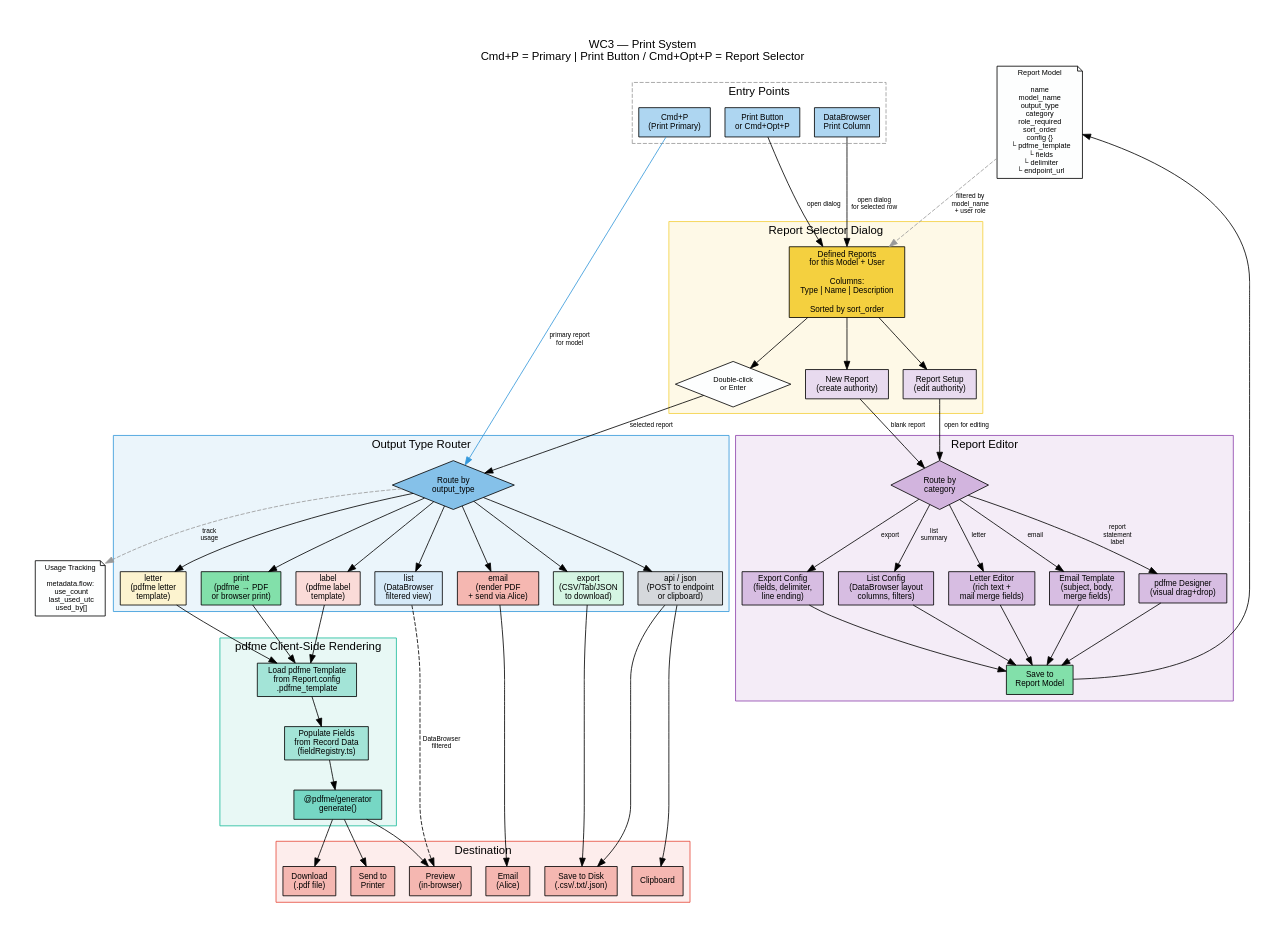
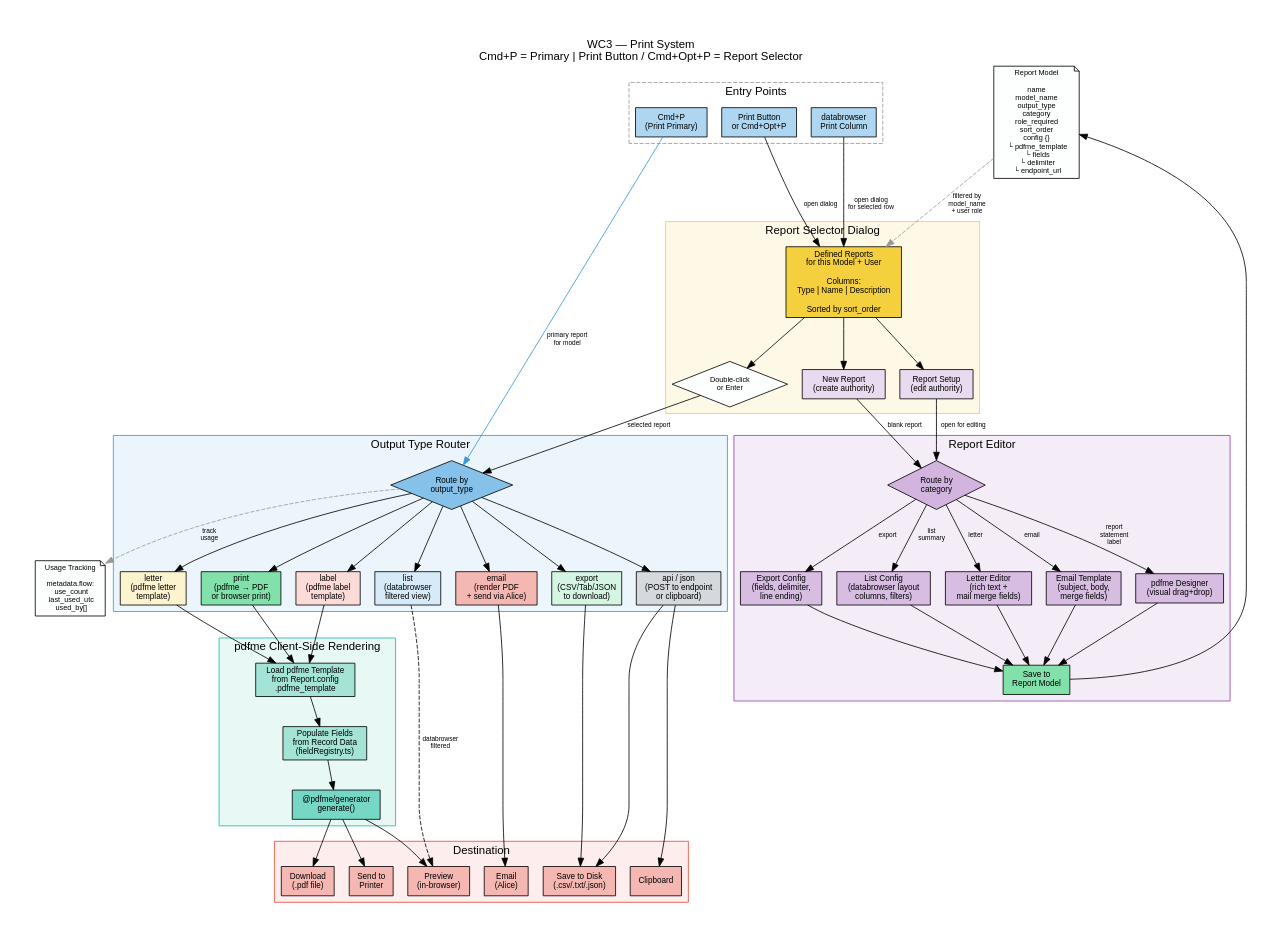
Before and after one commit to JPods/WebClerk: the diagram in readmes/flowcharts/wc3-print-system.dot, drawn with Graphviz. The commit also changed 383 other files, not shown here.

First line of the commit message:
Parade of Reports onboarding + print preview + Data-Driven UI + BaseModel fields

```diff
--- a/readmes/flowcharts/wc3-print-system.dot
+++ b/readmes/flowcharts/wc3-print-system.dot
@@ -1,165 +1,165 @@
 // WC3 Print System — Report Selection, Rendering, and Editing
 // Heritage: WC2 Defined Reports dialog + SuperReport + multi-destination output
 // Render: dot -Tpdf wc3-print-system.dot -o wc3-print-system.pdf
 
 digraph wc3_print {
     rankdir=TB
     fontname="Helvetica"
     fontsize=11
     node [fontname="Helvetica" fontsize=10 style=filled]
     edge [fontname="Helvetica" fontsize=8]
     label="WC3 — Print System\nCmd+P = Primary | Print Button / Cmd+Opt+P = Report Selector"
     labelloc=t
     fontsize=14
     pad=0.5
 
     // ---- Entry Points ----
     subgraph cluster_entry {
         label="Entry Points"
         style=dashed
         color="#999999"
 
         cmd_p [label="Cmd+P\n(Print Primary)" shape=box fillcolor="#AED6F1"]
         print_btn [label="Print Button\nor Cmd+Opt+P" shape=box fillcolor="#AED6F1"]
-        db_print [label="DataBrowser\nPrint Column" shape=box fillcolor="#AED6F1"]
+        db_print [label="databrowser\nPrint Column" shape=box fillcolor="#AED6F1"]
     }
 
     // ---- Report Selector Dialog ----
     subgraph cluster_selector {
         label="Report Selector Dialog"
         style=filled
         fillcolor="#FEF9E7"
         color="#F4D03F"
 
         selector [label="Defined Reports\nfor this Model + User\n\nColumns:\nType | Name | Description\n\nSorted by sort_order" shape=box fillcolor="#F4D03F" fontsize=10]
 
         dbl_click [label="Double-click\nor Enter" shape=diamond fillcolor="#FDFEFE" fontsize=9]
         setup_btn [label="Report Setup\n(edit authority)" shape=box fillcolor="#E8DAEF"]
         new_btn [label="New Report\n(create authority)" shape=box fillcolor="#E8DAEF"]
     }
 
     // ---- Output Type Router ----
     subgraph cluster_router {
         label="Output Type Router"
         style=filled
         fillcolor="#EBF5FB"
         color="#3498DB"
 
         router [label="Route by\noutput_type" shape=diamond fillcolor="#85C1E9"]
 
         // Output types
         print_out [label="print\n(pdfme → PDF\nor browser print)" shape=box fillcolor="#82E0AA"]
         email_out [label="email\n(render PDF\n+ send via Alice)" shape=box fillcolor="#F5B7B1"]
         export_out [label="export\n(CSV/Tab/JSON\nto download)" shape=box fillcolor="#D5F5E3"]
         label_out [label="label\n(pdfme label\ntemplate)" shape=box fillcolor="#FADBD8"]
-        list_out [label="list\n(DataBrowser\nfiltered view)" shape=box fillcolor="#D6EAF8"]
+        list_out [label="list\n(databrowser\nfiltered view)" shape=box fillcolor="#D6EAF8"]
         letter_out [label="letter\n(pdfme letter\ntemplate)" shape=box fillcolor="#FCF3CF"]
         api_out [label="api / json\n(POST to endpoint\nor clipboard)" shape=box fillcolor="#D5D8DC"]
     }
 
     // ---- pdfme Rendering ----
     subgraph cluster_pdfme {
         label="pdfme Client-Side Rendering"
         style=filled
         fillcolor="#E8F8F5"
         color="#1ABC9C"
 
         load_template [label="Load pdfme Template\nfrom Report.config\n.pdfme_template" shape=box fillcolor="#A3E4D7"]
         populate [label="Populate Fields\nfrom Record Data\n(fieldRegistry.ts)" shape=box fillcolor="#A3E4D7"]
         generate [label="@pdfme/generator\ngenerate()" shape=box fillcolor="#76D7C4"]
     }
 
     // ---- Destination ----
     subgraph cluster_dest {
         label="Destination"
         style=filled
         fillcolor="#FDEDEC"
         color="#E74C3C"
 
         preview [label="Preview\n(in-browser)" shape=box fillcolor="#F5B7B1"]
         download [label="Download\n(.pdf file)" shape=box fillcolor="#F5B7B1"]
         printer [label="Send to\nPrinter" shape=box fillcolor="#F5B7B1"]
         email_send [label="Email\n(Alice)" shape=box fillcolor="#F5B7B1"]
         disk [label="Save to Disk\n(.csv/.txt/.json)" shape=box fillcolor="#F5B7B1"]
         clipboard [label="Clipboard" shape=box fillcolor="#F5B7B1"]
     }
 
     // ---- Report Editor (PdfDesigner) ----
     subgraph cluster_editor {
         label="Report Editor"
         style=filled
         fillcolor="#F4ECF7"
         color="#8E44AD"
 
         editor_router [label="Route by\ncategory" shape=diamond fillcolor="#D2B4DE"]
         pdf_designer [label="pdfme Designer\n(visual drag+drop)" shape=box fillcolor="#D7BDE2"]
         export_editor [label="Export Config\n(fields, delimiter,\nline ending)" shape=box fillcolor="#D7BDE2"]
-        list_editor [label="List Config\n(DataBrowser layout\ncolumns, filters)" shape=box fillcolor="#D7BDE2"]
+        list_editor [label="List Config\n(databrowser layout\ncolumns, filters)" shape=box fillcolor="#D7BDE2"]
         letter_editor [label="Letter Editor\n(rich text +\nmail merge fields)" shape=box fillcolor="#D7BDE2"]
         email_editor [label="Email Template\n(subject, body,\nmerge fields)" shape=box fillcolor="#D7BDE2"]
         save_report [label="Save to\nReport Model" shape=box fillcolor="#82E0AA"]
     }
 
     // ---- Report Model ----
     report_model [label="Report Model\n\nname\nmodel_name\noutput_type\ncategory\nrole_required\nsort_order\nconfig {}\n  └ pdfme_template\n  └ fields\n  └ delimiter\n  └ endpoint_url" shape=note fillcolor="#FDFEFE" fontsize=9]
 
     // ---- Usage Tracking ----
     usage [label="Usage Tracking\n\nmetadata.flow:\n  use_count\n  last_used_utc\n  used_by[]" shape=note fillcolor="#FDFEFE" fontsize=9]
 
     // ---- Edges: Entry ----
     cmd_p -> router [label="primary report\nfor model" color="#3498DB"]
     print_btn -> selector [label="open dialog"]
     db_print -> selector [label="open dialog\nfor selected row"]
 
     // ---- Edges: Selector ----
     selector -> dbl_click
     selector -> setup_btn
     selector -> new_btn
     dbl_click -> router [label="selected report"]
     setup_btn -> editor_router [label="open for editing"]
     new_btn -> editor_router [label="blank report"]
 
     // ---- Edges: Router ----
     router -> print_out
     router -> email_out
     router -> export_out
     router -> label_out
     router -> list_out
     router -> letter_out
     router -> api_out
 
     // ---- Edges: Print/Label/Letter → pdfme ----
     print_out -> load_template
     label_out -> load_template
     letter_out -> load_template
     load_template -> populate -> generate
 
     // ---- Edges: pdfme → Destination ----
     generate -> preview
     generate -> download
     generate -> printer
 
     // ---- Edges: Other outputs → Destination ----
     email_out -> email_send
     export_out -> disk
     api_out -> clipboard
     api_out -> disk
-    list_out -> preview [label="DataBrowser\nfiltered" style=dashed]
+    list_out -> preview [label="databrowser\nfiltered" style=dashed]
 
     // ---- Edges: Editor Router ----
     editor_router -> pdf_designer [label="report\nstatement\nlabel"]
     editor_router -> export_editor [label="export"]
     editor_router -> list_editor [label="list\nsummary"]
     editor_router -> letter_editor [label="letter"]
     editor_router -> email_editor [label="email"]
     pdf_designer -> save_report
     export_editor -> save_report
     list_editor -> save_report
     letter_editor -> save_report
     email_editor -> save_report
     save_report -> report_model
 
     // ---- Edges: Model feeds selector ----
     report_model -> selector [label="filtered by\nmodel_name\n+ user role" style=dashed color="#999999"]
     router -> usage [label="track\nusage" style=dashed color="#999999"]
 }
```
